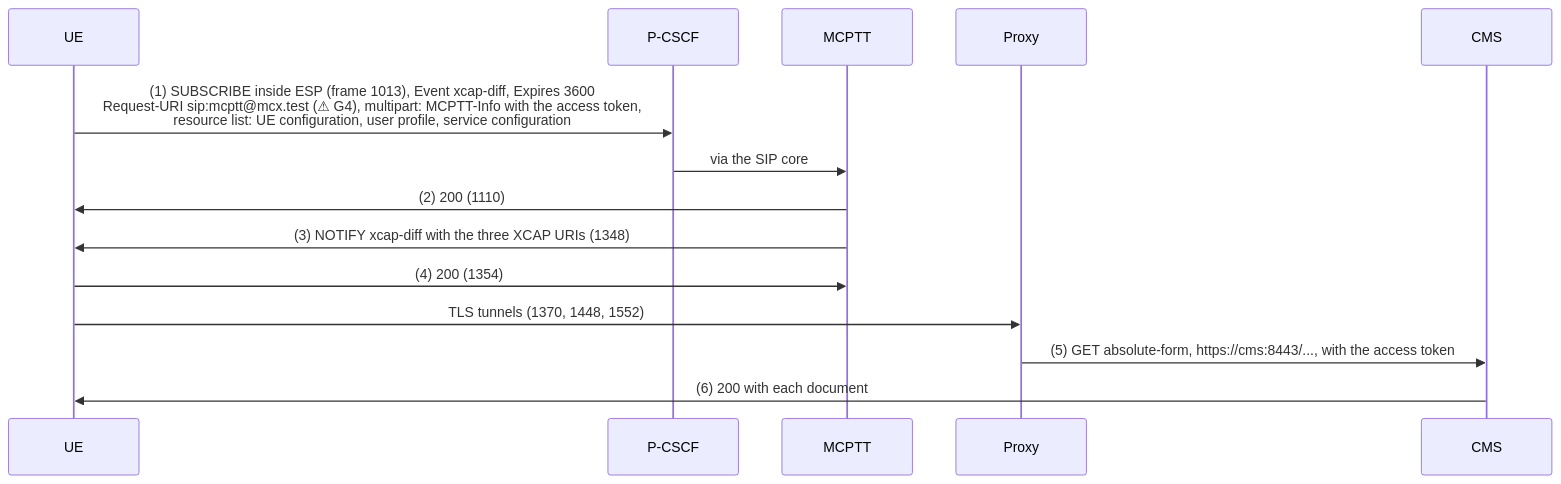
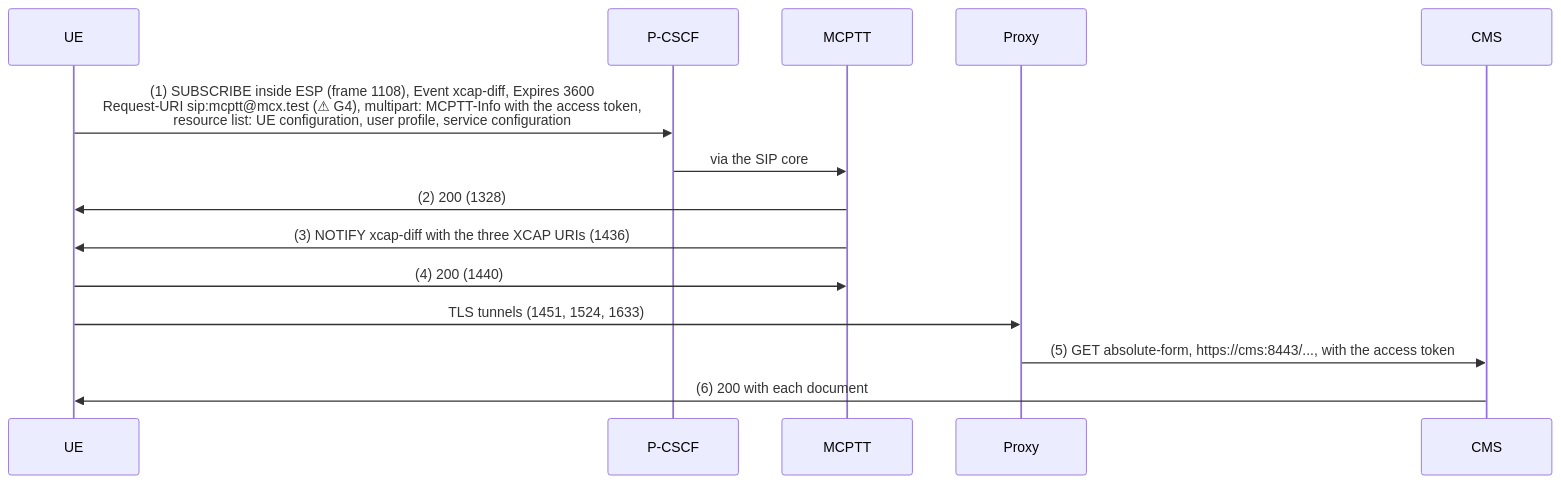
Before and after one commit to openMCX/openmcx-server: the fifth of 9 diagrams in tutorials/end-to-end/10-openmcx-ue-conformance-check/CALL_FLOW.md, drawn with Mermaid. The commit also changed other lines of this file and 6 other files, not shown here.

````diff
--- a/tutorials/end-to-end/10-openmcx-ue-conformance-check/CALL_FLOW.md
+++ b/tutorials/end-to-end/10-openmcx-ue-conformance-check/CALL_FLOW.md
@@ -170,16 +170,16 @@
 ```mermaid
 sequenceDiagram
     participant UE
     participant PC as P-CSCF
     participant AS as MCPTT
     participant PX as Proxy
     participant CMS
-    UE->>PC: (1) SUBSCRIBE inside ESP (frame 1013), Event xcap-diff, Expires 3600<br/>Request-URI sip:mcptt@mcx.test (⚠ G4), multipart: MCPTT-Info with the access token,<br/>resource list: UE configuration, user profile, service configuration
+    UE->>PC: (1) SUBSCRIBE inside ESP (frame 1108), Event xcap-diff, Expires 3600<br/>Request-URI sip:mcptt@mcx.test (⚠ G4), multipart: MCPTT-Info with the access token,<br/>resource list: UE configuration, user profile, service configuration
     PC->>AS: via the SIP core
-    AS->>UE: (2) 200 (1110)
-    AS->>UE: (3) NOTIFY xcap-diff with the three XCAP URIs (1348)
-    UE->>AS: (4) 200 (1354)
-    UE->>PX: TLS tunnels (1370, 1448, 1552)
+    AS->>UE: (2) 200 (1328)
+    AS->>UE: (3) NOTIFY xcap-diff with the three XCAP URIs (1436)
+    UE->>AS: (4) 200 (1440)
+    UE->>PX: TLS tunnels (1451, 1524, 1633)
     PX->>CMS: (5) GET absolute-form, https://cms:8443/..., with the access token
     CMS->>UE: (6) 200 with each document
 ```
````
